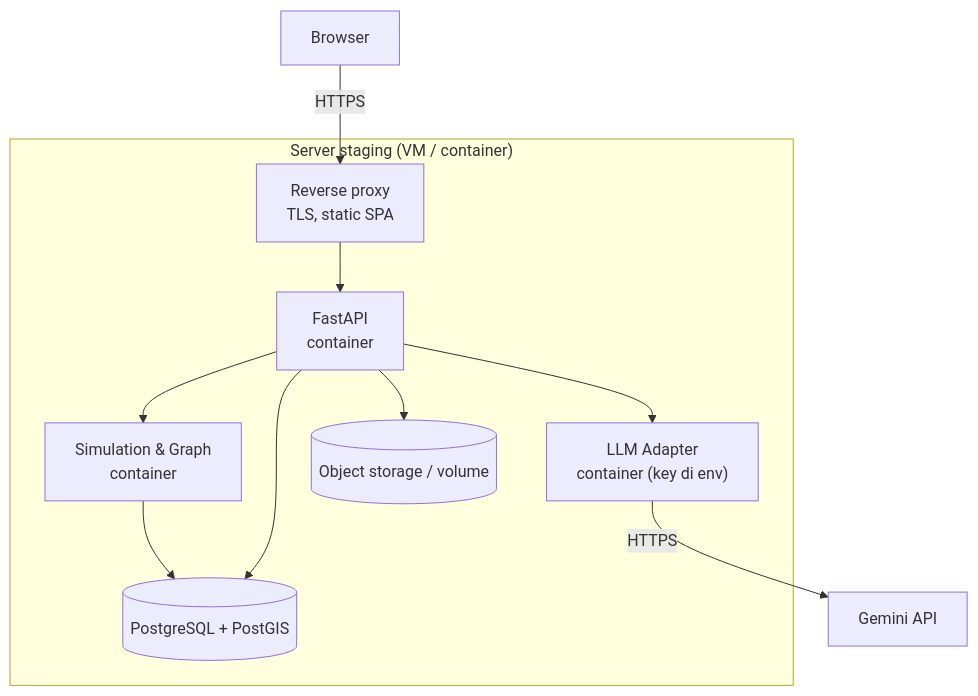
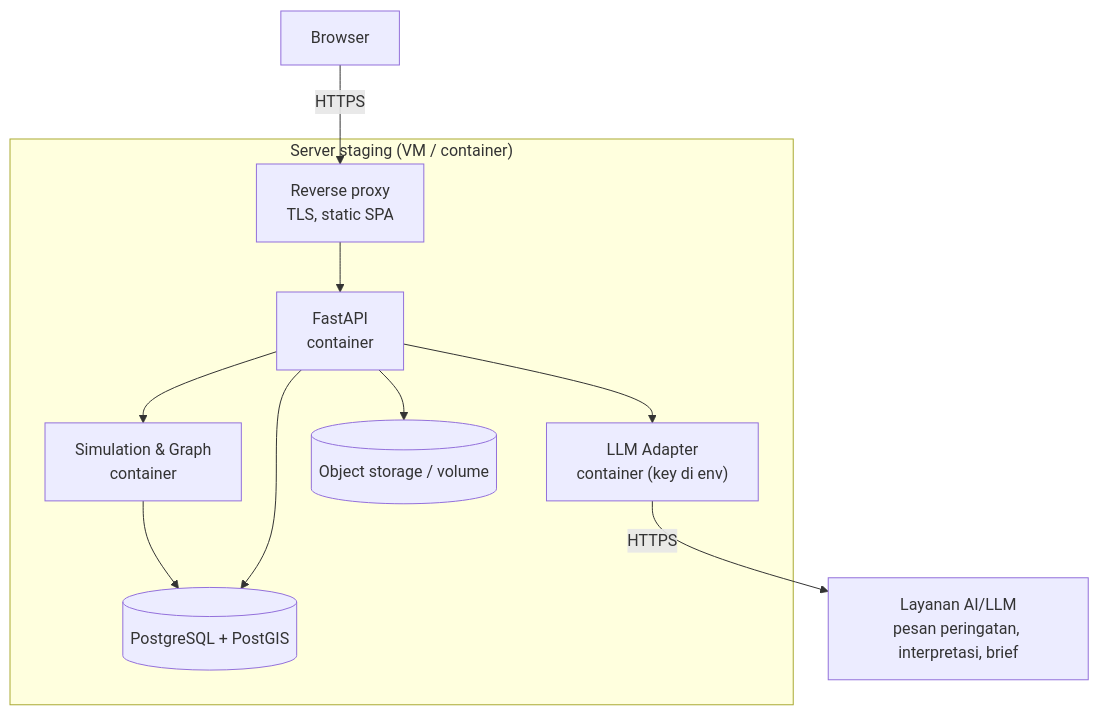
Before and after one commit to argonurcahyo/si_bridges: the second of 3 diagrams in docs/architecture/04-deployment.md, drawn with Mermaid. The commit also changed other lines of this file and 126 other files, not shown here.

````diff
--- a/docs/architecture/04-deployment.md
+++ b/docs/architecture/04-deployment.md
@@ -25,22 +25,22 @@
 ```mermaid
 flowchart TB
     BR["Browser"]
     subgraph VM["Server staging (VM / container)"]
         NGINX["Reverse proxy<br/>TLS, static SPA"]
         API["FastAPI<br/>container"]
         SIMC["Simulation & Graph<br/>container"]
         LLMC["LLM Adapter<br/>container (key di env)"]
         PGC[("PostgreSQL + PostGIS")]
         OBJ[("Object storage / volume")]
     end
-    LLMEXT["Gemini API"]
+    LLMEXT["Layanan AI/LLM<br/>pesan peringatan, interpretasi, brief"]
 
     BR -->|HTTPS| NGINX
     NGINX --> API
     API --> SIMC
     API --> LLMC
     SIMC --> PGC
     API --> PGC
     LLMC -->|HTTPS| LLMEXT
     API --> OBJ
 ```
````
